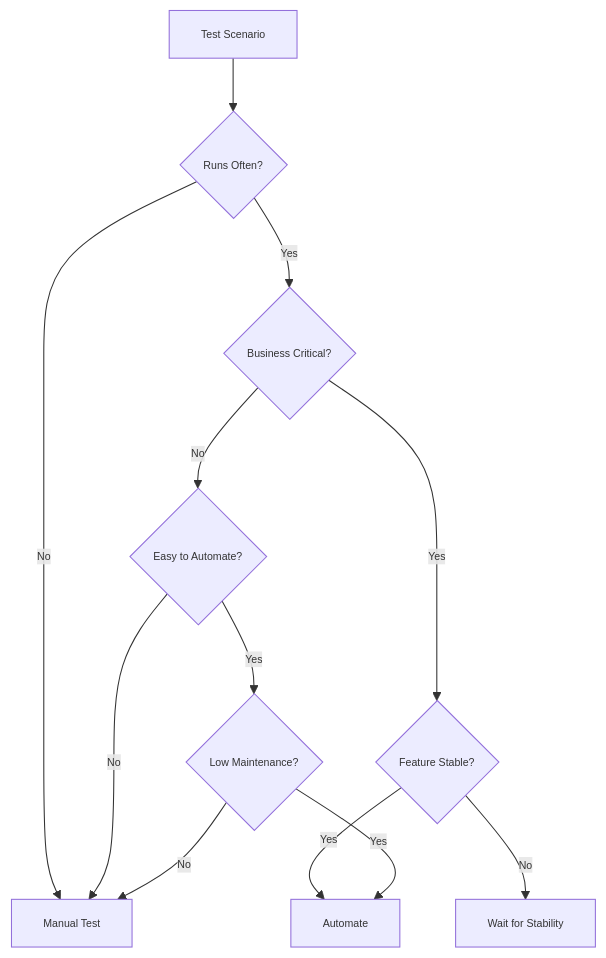
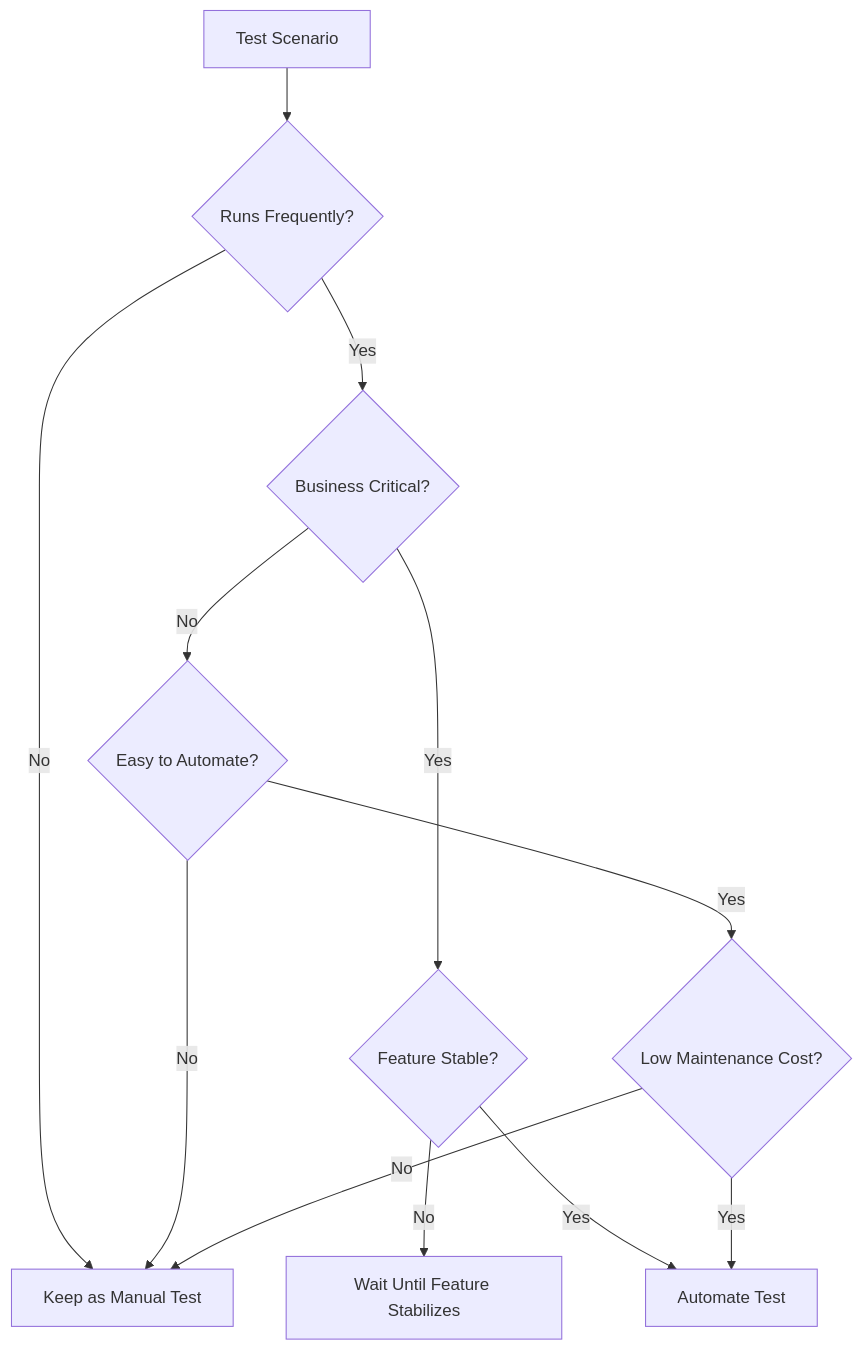
Before and after one commit to QMTesting/qmtesting.github.io: the diagram in _posts/2026-03-11-choosing-what-to-automate.md, drawn with Mermaid.

````diff
--- a/_posts/2026-03-11-choosing-what-to-automate.md
+++ b/_posts/2026-03-11-choosing-what-to-automate.md
@@ -70,15 +70,18 @@
 ```mermaid
-%%{init: {'themeVariables': { 'fontSize': '10px'}} }%%
 flowchart TD
-A[Test Scenario] --> B{Runs Often?}
-B -- No --> C[Manual Test]
-B -- Yes --> D{Business Critical?}
-D -- No --> E{Easy to Automate?}
-D -- Yes --> F{Feature Stable?}
-F -- No --> G[Wait for Stability]
-F -- Yes --> H[Automate]
-E -- No --> C
-E -- Yes --> I{Low Maintenance?}
-I -- No --> C
-I -- Yes --> H
+    A[Test Scenario] --> B{Runs Frequently?}
+
+    B -- No --> C[Keep as Manual Test]
+    B -- Yes --> D{Business Critical?}
+
+    D -- Yes --> E{Feature Stable?}
+    E -- No --> F[Wait Until Feature Stabilizes]
+    E -- Yes --> G[Automate Test]
+
+    D -- No --> H{Easy to Automate?}
+    H -- No --> C
+    H -- Yes --> I{Low Maintenance Cost?}
+
+    I -- No --> C
+    I -- Yes --> G
 ```
````
